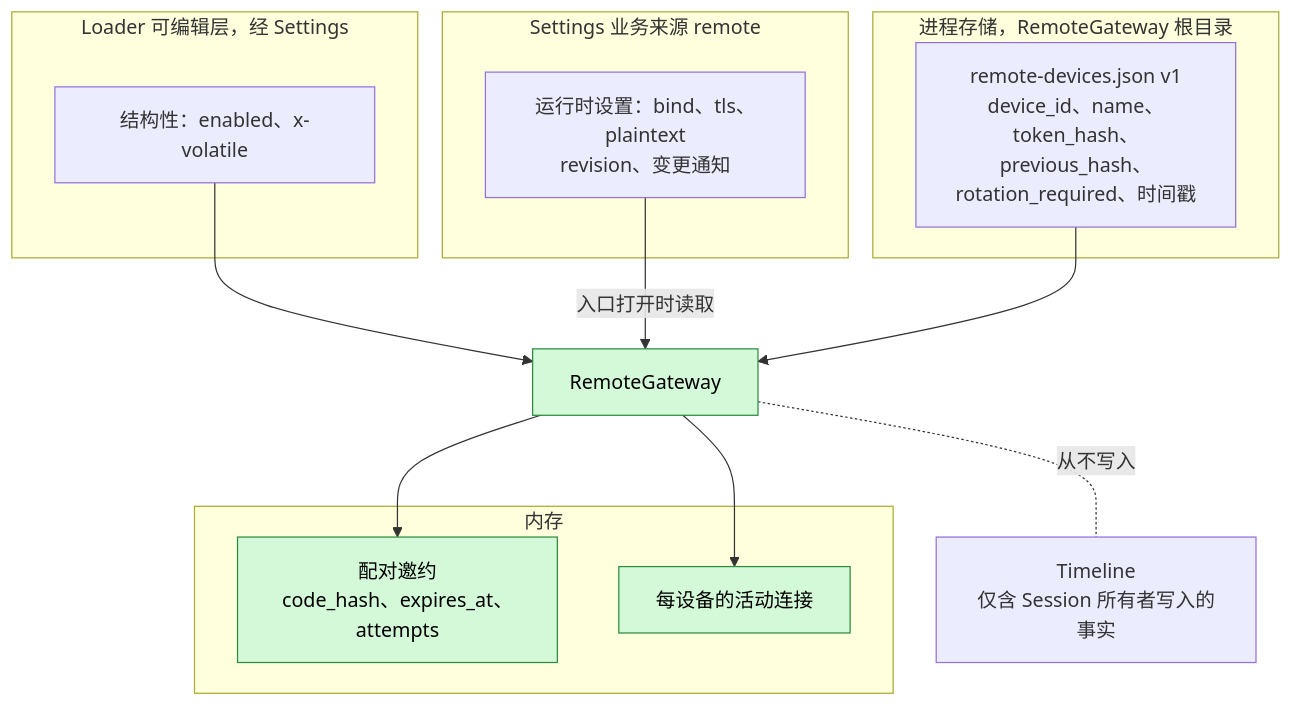
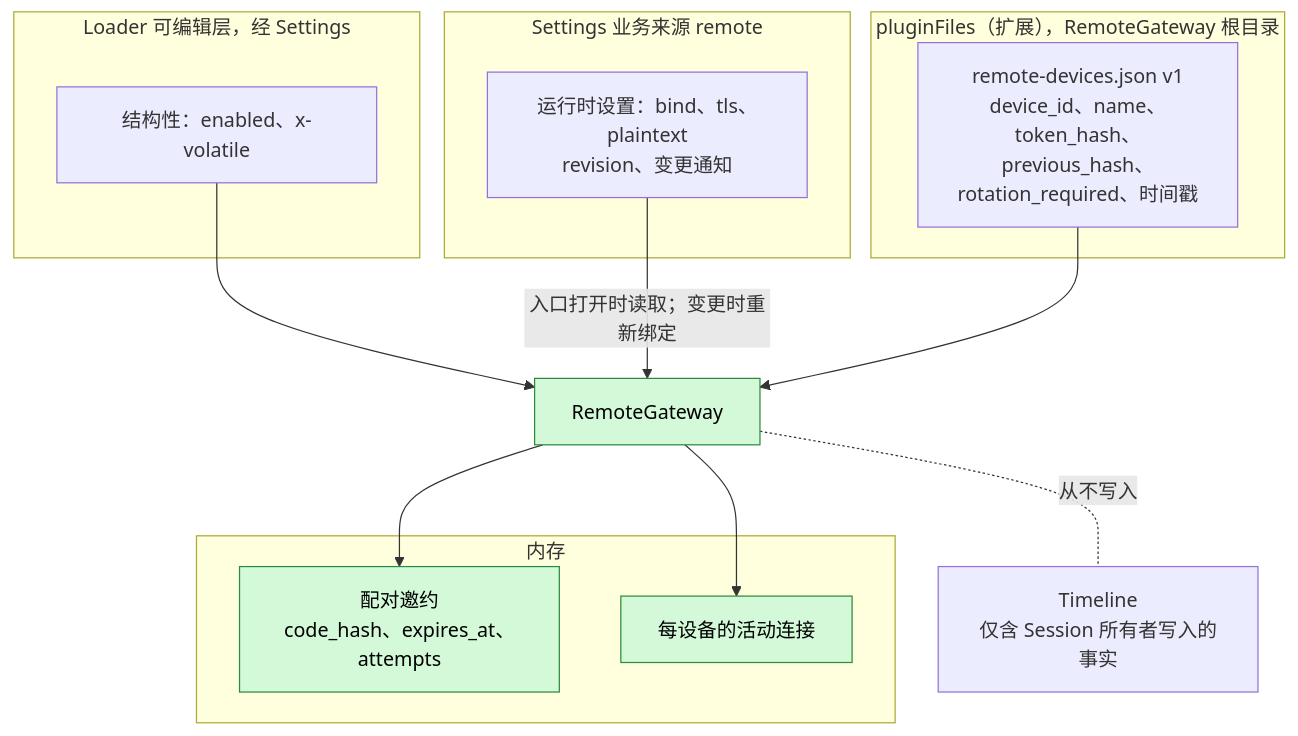
The second of 6 diagrams in docs/zh/design/plugins/RemoteGateway.md (CoutinhoTTS/dim-agent), drawn with Mermaid before and after one commit. The commit also changed other lines of this file and 42 other files, not shown here.

````diff
--- a/docs/zh/design/plugins/RemoteGateway.md
+++ b/docs/zh/design/plugins/RemoteGateway.md
@@ -45,24 +45,24 @@
 ```mermaid
 flowchart TB
   subgraph LEL["Loader 可编辑层，经 Settings"]
     CFG["结构性：enabled、x-volatile"]
   end
   subgraph BS["Settings 业务来源 remote"]
     RS["运行时设置：bind、tls、plaintext<br/>revision、变更通知"]
   end
-  subgraph PS["进程存储，RemoteGateway 根目录"]
+  subgraph PS["pluginFiles（扩展），RemoteGateway 根目录"]
     DEVS["remote-devices.json v1<br/>device_id、name、token_hash、<br/>previous_hash、rotation_required、时间戳"]
   end
   subgraph MEM["内存"]
     OFF["配对邀约<br/>code_hash、expires_at、attempts"]:::new
     LIVE["每设备的活动连接"]:::new
   end
   TL["Timeline<br/>仅含 Session 所有者写入的事实"]
   CFG --> RG["RemoteGateway"]:::new
-  RS -->|"入口打开时读取"| RG
+  RS -->|"入口打开时读取；变更时重新绑定"| RG
   DEVS --> RG
   RG --> OFF
   RG --> LIVE
   RG -.-|"从不写入"| TL
   classDef new fill:#d3f9d8,stroke:#2b8a3e,color:#000
 ```
````
